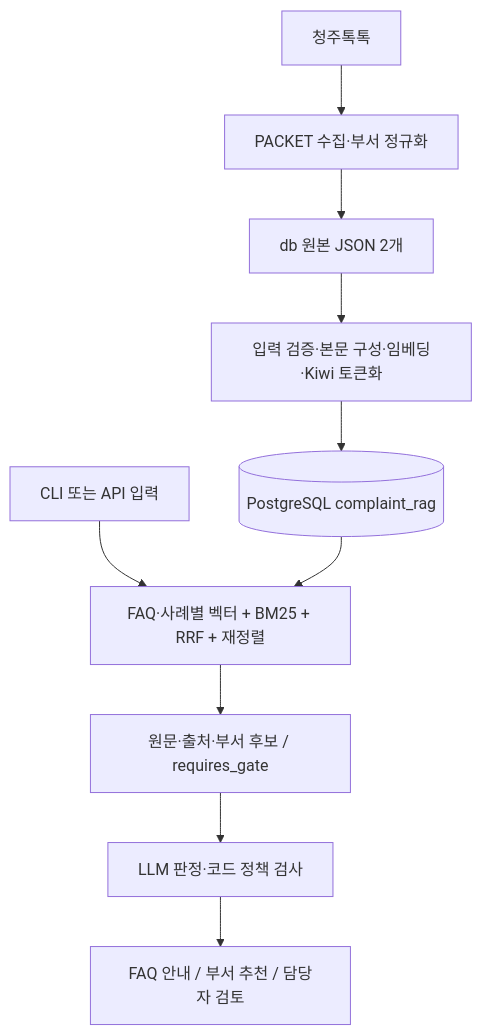
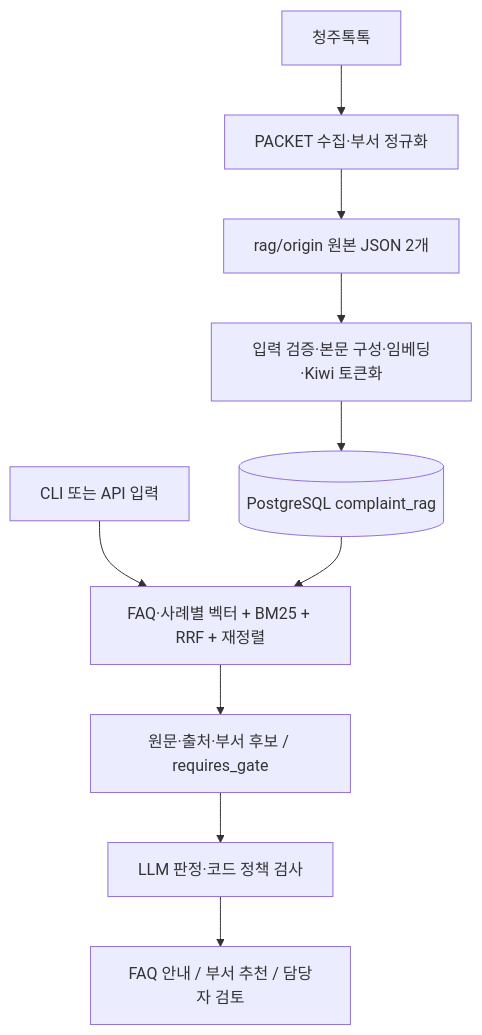
One commit to hy040504/ai-complaint-process changed the diagram in docs/harness/architecture.md. Above: the diagram before and after it, drawn with Mermaid. The commit also changed other lines of this file and 66 other files, not shown here.

First line of the commit message:
구현: 검색 origin 배치와 Windows RAG·응대 기동

````diff
--- a/docs/harness/architecture.md
+++ b/docs/harness/architecture.md
@@ -9,12 +9,12 @@
 ```mermaid
 flowchart TD
     S[청주톡톡] --> C[PACKET 수집·부서 정규화]
-    C --> J[db 원본 JSON 2개]
+    C --> J[rag/origin 원본 JSON 2개]
     J --> I[입력 검증·본문 구성·임베딩·Kiwi 토큰화]
     I --> P[(PostgreSQL complaint_rag)]
     Q[CLI 또는 API 입력] --> R[FAQ·사례별 벡터 + BM25 + RRF + 재정렬]
     P --> R
     R --> E[원문·출처·부서 후보 / requires_gate]
     E --> G[LLM 판정·코드 정책 검사]
     G --> O[FAQ 안내 / 부서 추천 / 담당자 검토]
 ```
````
